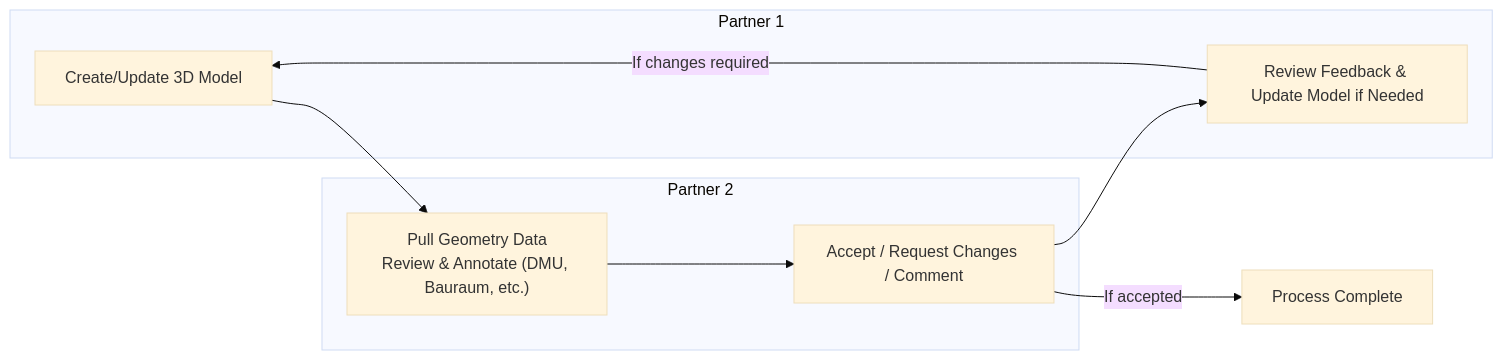
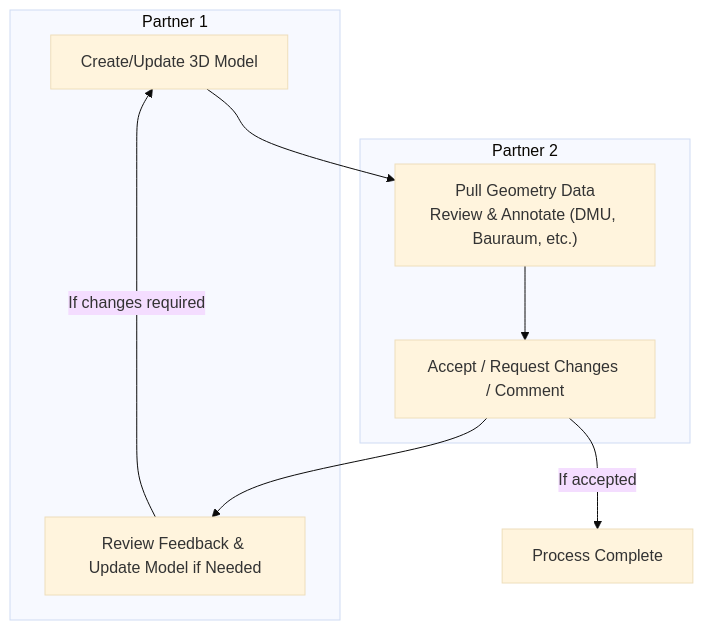
Before and after one commit to MartinEnders/eclipse-tractusx.github.io: the first of 2 diagrams in docs-kits/kits/geometry-kit/adoption-view.md, drawn with Mermaid (base theme). The commit also changed other lines of this file, not shown here.

Commit message:
added: flowchart for system overview

````diff
--- a/docs-kits/kits/geometry-kit/adoption-view.md
+++ b/docs-kits/kits/geometry-kit/adoption-view.md
@@ -188,18 +188,18 @@
 ```mermaid
-flowchart LR
+flowchart TD
 	subgraph Partner_1 ["Partner 1"]
 		A["Create/Update 3D Model"]
 		D["Review Feedback & Update Model if Needed"]
 	end
 
 	subgraph Partner_2 ["Partner 2"]
 		B["Pull Geometry Data<br/>Review & Annotate (DMU, Bauraum, etc.)"]
 		C["Accept / Request Changes / Comment"]
 	end
 
 	A --> B
 	B --> C
 	C --> D
 	D -- "If changes required" --> A
 	C -- "If accepted" --> E["Process Complete"]
 ```
````
